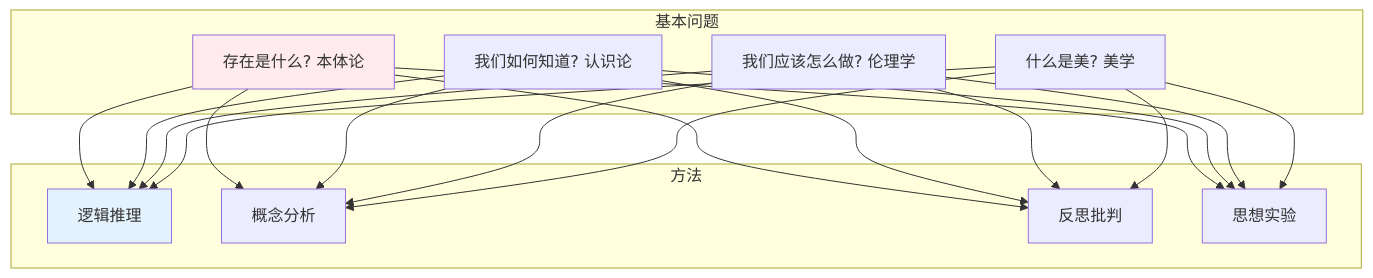
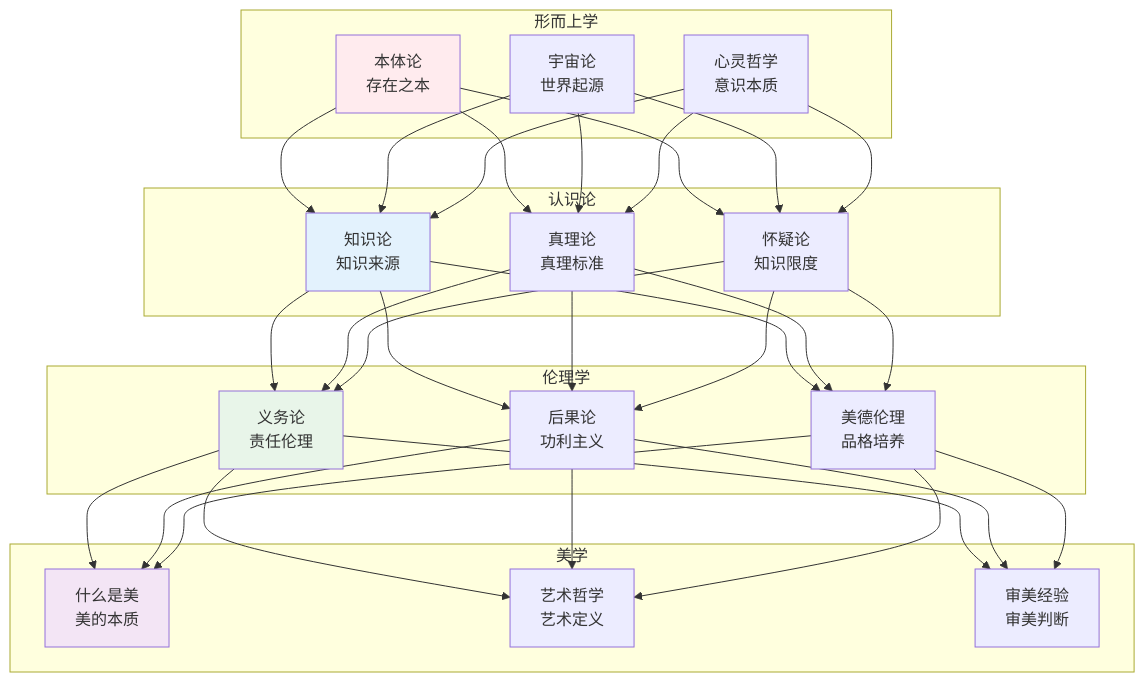
One commit to wxyClark/wxyClark.github.io changed the first of 3 diagrams in content/humanities/philosophy/index.md. Above: the diagram before and after it, drawn with Mermaid. The commit also changed other lines of this file and 190 other files, not shown here.

````diff
--- a/content/humanities/philosophy/index.md
+++ b/content/humanities/philosophy/index.md
@@ -14,21 +14,35 @@
 ```mermaid
 graph TB
-    subgraph 基本问题
-        Q1[存在是什么? 本体论]
-        Q2[我们如何知道? 认识论]
-        Q3[我们应该怎么做? 伦理学]
-        Q4[什么是美? 美学]
+    subgraph 形而上学
+        M1[本体论<br/>存在之本]
+        M2[宇宙论<br/>世界起源]
+        M3[心灵哲学<br/>意识本质]
     end
     
-    subgraph 方法
-        M1[逻辑推理]
-        M2[概念分析]
-        M3[反思批判]
-        M4[思想实验]
+    subgraph 认识论
+        E1[知识论<br/>知识来源]
+        E2[真理论<br/>真理标准]
+        E3[怀疑论<br/>知识限度]
     end
     
-    Q1 & Q2 & Q3 & Q4 --> M1 & M2 & M3 & M4
+    subgraph 伦理学
+        A1[义务论<br/>责任伦理]
+        A2[后果论<br/>功利主义]
+        A3[美德伦理<br/>品格培养]
+    end
     
-    style Q1 fill:#ffebee
-    style M1 fill:#e3f2fd
+    subgraph 美学
+        B1[什么是美<br/>美的本质]
+        B2[艺术哲学<br/>艺术定义]
+        B3[审美经验<br/>审美判断]
+    end
+    
+    M1 & M2 & M3 --> E1 & E2 & E3
+    E1 & E2 & E3 --> A1 & A2 & A3
+    A1 & A2 & A3 --> B1 & B2 & B3
+    
+    style M1 fill:#ffebee
+    style E1 fill:#e3f2fd
+    style A1 fill:#e8f5e9
+    style B1 fill:#f3e5f5
 ```
````
